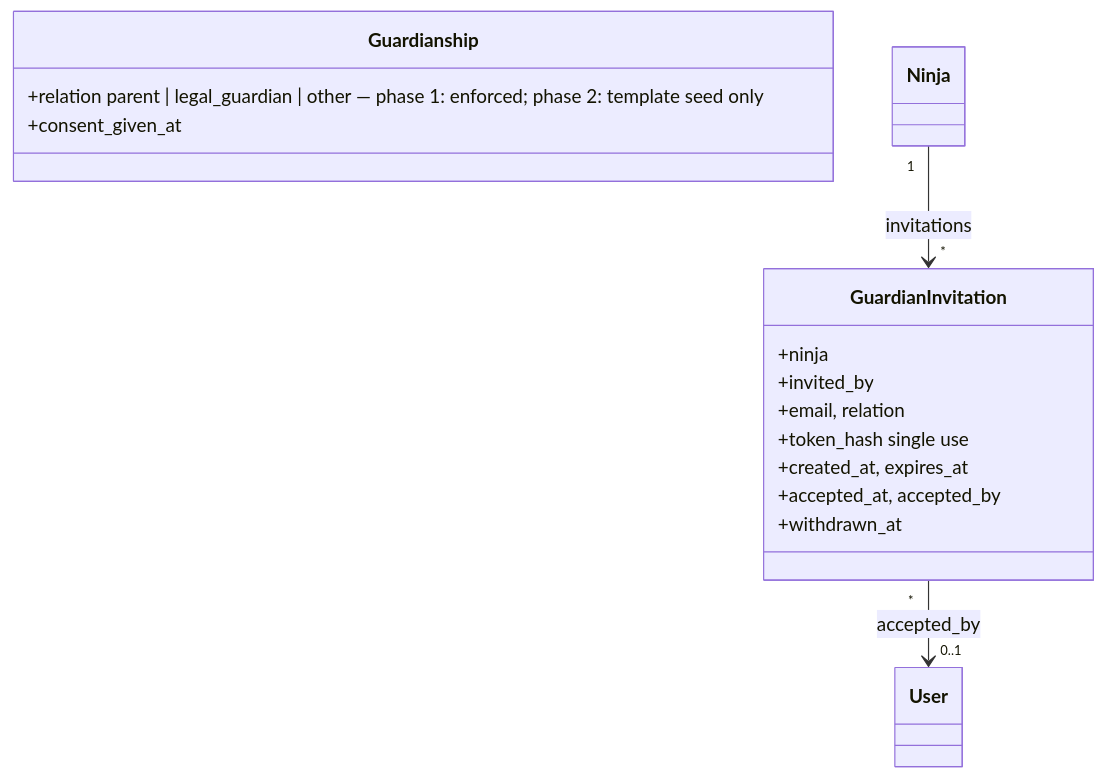
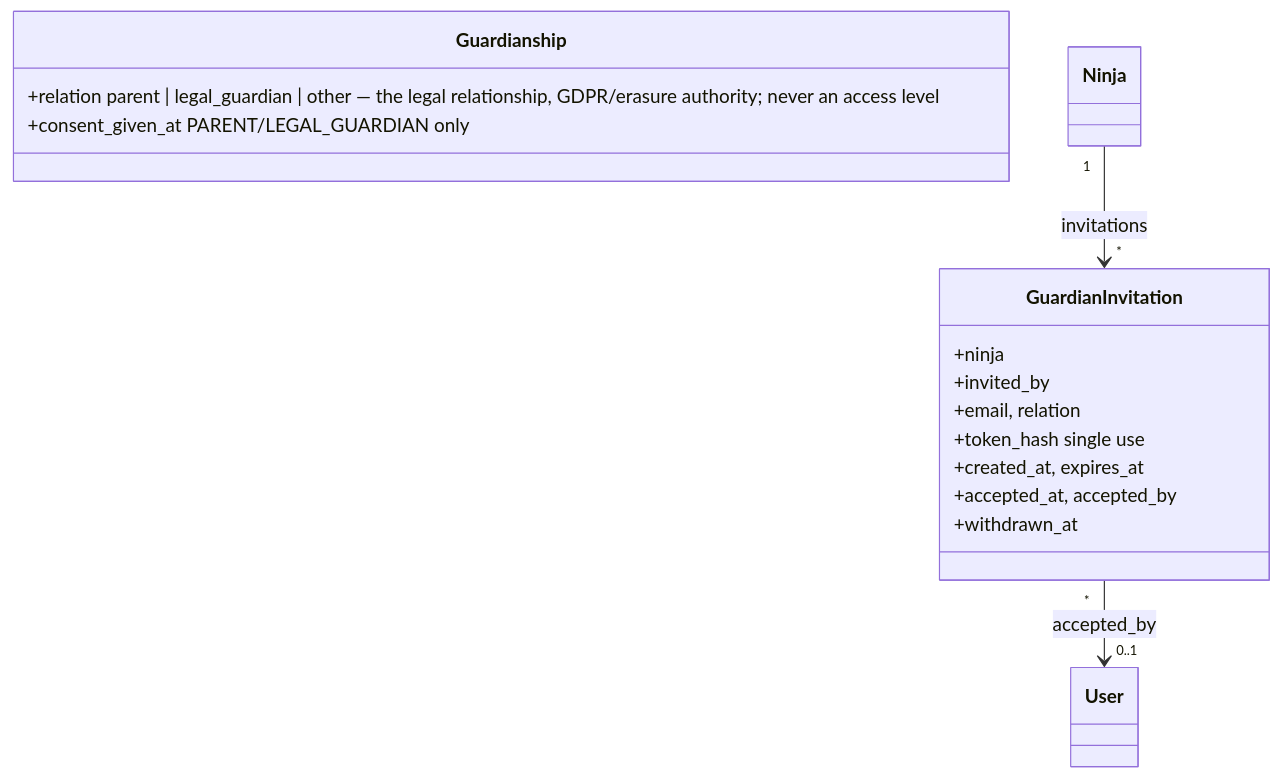
One commit to DoublG/coderdojo-event-registration changed diagram 35 of 35 in DATA_MODEL.md. Above: the diagram before and after it, drawn with Mermaid. The commit also changed other lines of this file, not shown here.

First line of the commit message:
DATA_MODEL.md §27: relation is the GDPR relationship, not an access level

````diff
--- a/DATA_MODEL.md
+++ b/DATA_MODEL.md
@@ -5351,19 +5365,19 @@
 ```mermaid
 classDiagram
     direction TB
     class Guardianship {
-        +relation  parent | legal_guardian | other — phase 1: enforced; phase 2: template seed only
-        +consent_given_at
+        +relation  parent | legal_guardian | other — the legal relationship, GDPR/erasure authority; never an access level
+        +consent_given_at  PARENT/LEGAL_GUARDIAN only
     }
     class GuardianInvitation {
         +ninja
         +invited_by
         +email, relation
         +token_hash  single use
         +created_at, expires_at
         +accepted_at, accepted_by
         +withdrawn_at
     }
     Ninja "1" --> "*" GuardianInvitation : invitations
     GuardianInvitation "*" --> "0..1" User : accepted_by
 ```
````
